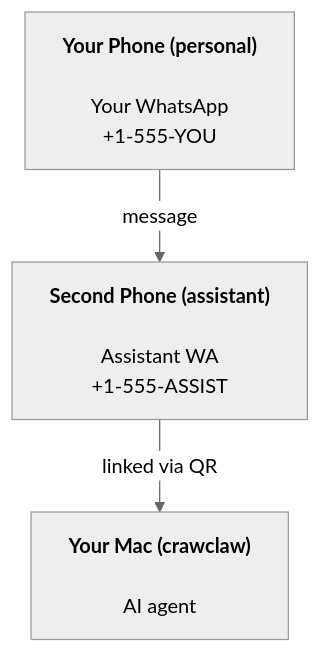
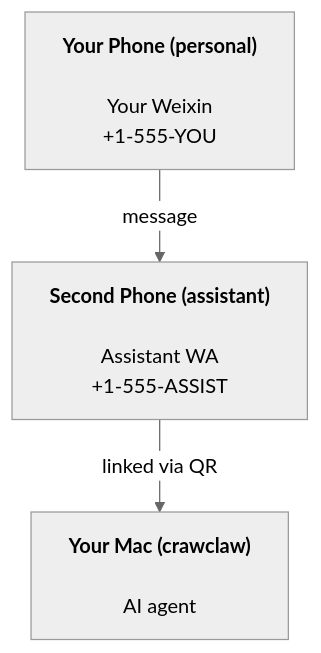
One commit to qianleigood/crawclaw changed the diagram in docs/start/crawclaw.md. Above: the diagram before and after it, drawn with Mermaid (neutral theme). The commit also changed other lines of this file and 2157 other files, not shown here.

````diff
--- a/docs/start/crawclaw.md
+++ b/docs/start/crawclaw.md
@@ -36,5 +36,5 @@
 ```mermaid
 flowchart TB
-    A["<b>Your Phone (personal)<br></b><br>Your WhatsApp<br>+1-555-YOU"] -- message --> B["<b>Second Phone (assistant)<br></b><br>Assistant WA<br>+1-555-ASSIST"]
+    A["<b>Your Phone (personal)<br></b><br>Your Weixin<br>+1-555-YOU"] -- message --> B["<b>Second Phone (assistant)<br></b><br>Assistant WA<br>+1-555-ASSIST"]
     B -- linked via QR --> C["<b>Your Mac (crawclaw)<br></b><br>AI agent"]
 ```
````
